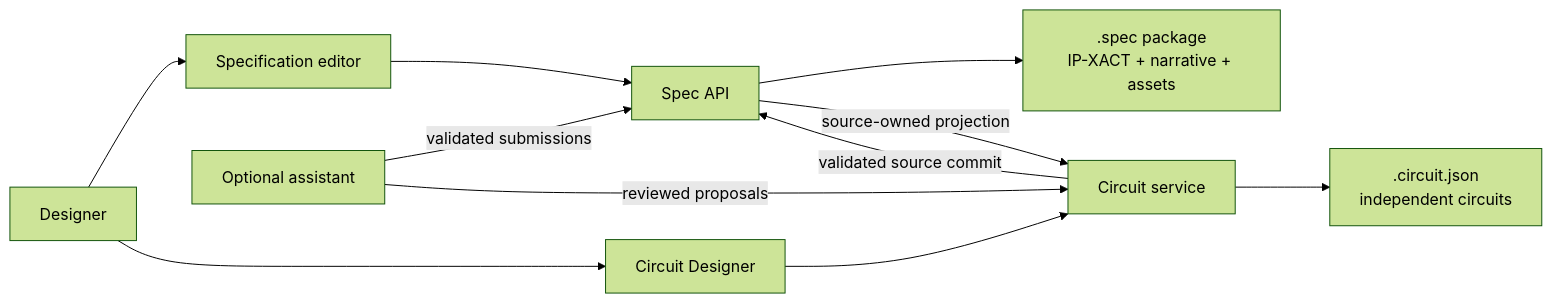
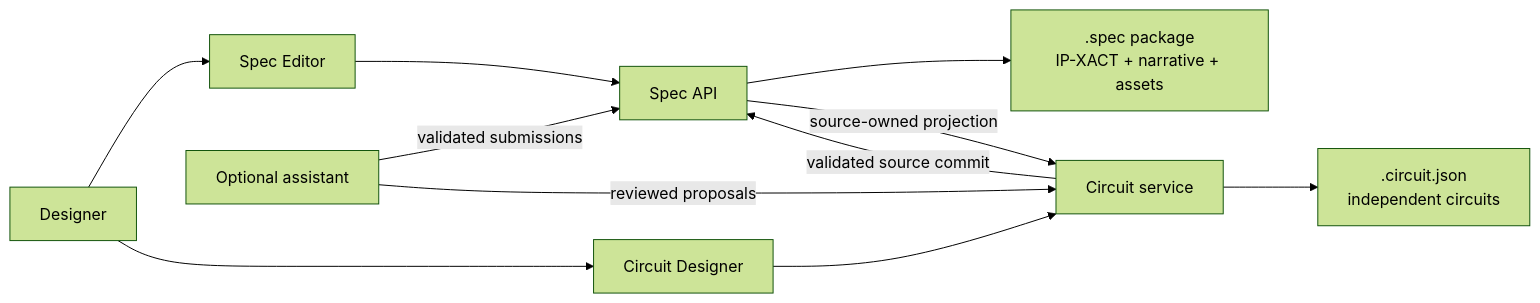
Before and after one commit to ankdesh/spec2gds: the diagram in README.md, drawn with Mermaid (forest theme). The commit also changed other lines of this file and 298 other files, not shown here.

````diff
--- a/README.md
+++ b/README.md
@@ -13,13 +13,13 @@
 ```mermaid
 flowchart LR
-    User["Designer"] --> SpecUI["Specification editor"]
+    User["Designer"] --> SpecUI["Spec Editor"]
     SpecUI --> SpecAPI["Spec API"]
     SpecAPI --> Package[".spec package<br/>IP-XACT + narrative + assets"]
     SpecAPI -->|"source-owned projection"| CircuitAPI["Circuit service"]
     CircuitUI["Circuit Designer"] --> CircuitAPI
     CircuitAPI --> CircuitFile[".circuit.json<br/>independent circuits"]
     CircuitAPI -->|"validated source commit"| SpecAPI
     User --> CircuitUI
     Assistant["Optional assistant"] -->|"validated submissions"| SpecAPI
     Assistant -->|"reviewed proposals"| CircuitAPI
 ```
````
